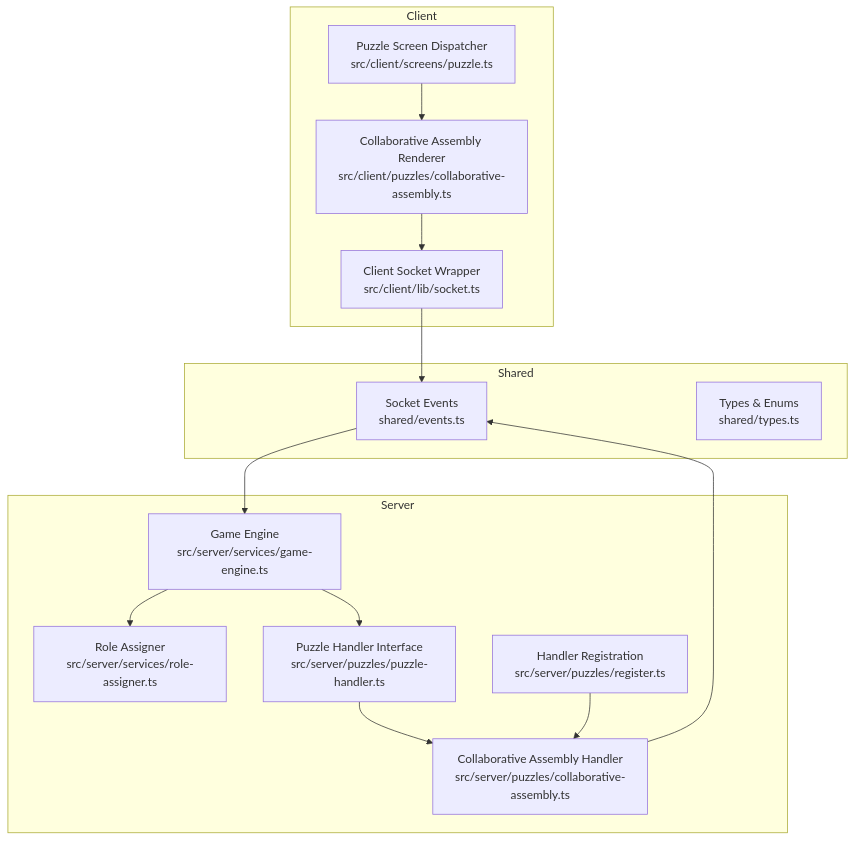
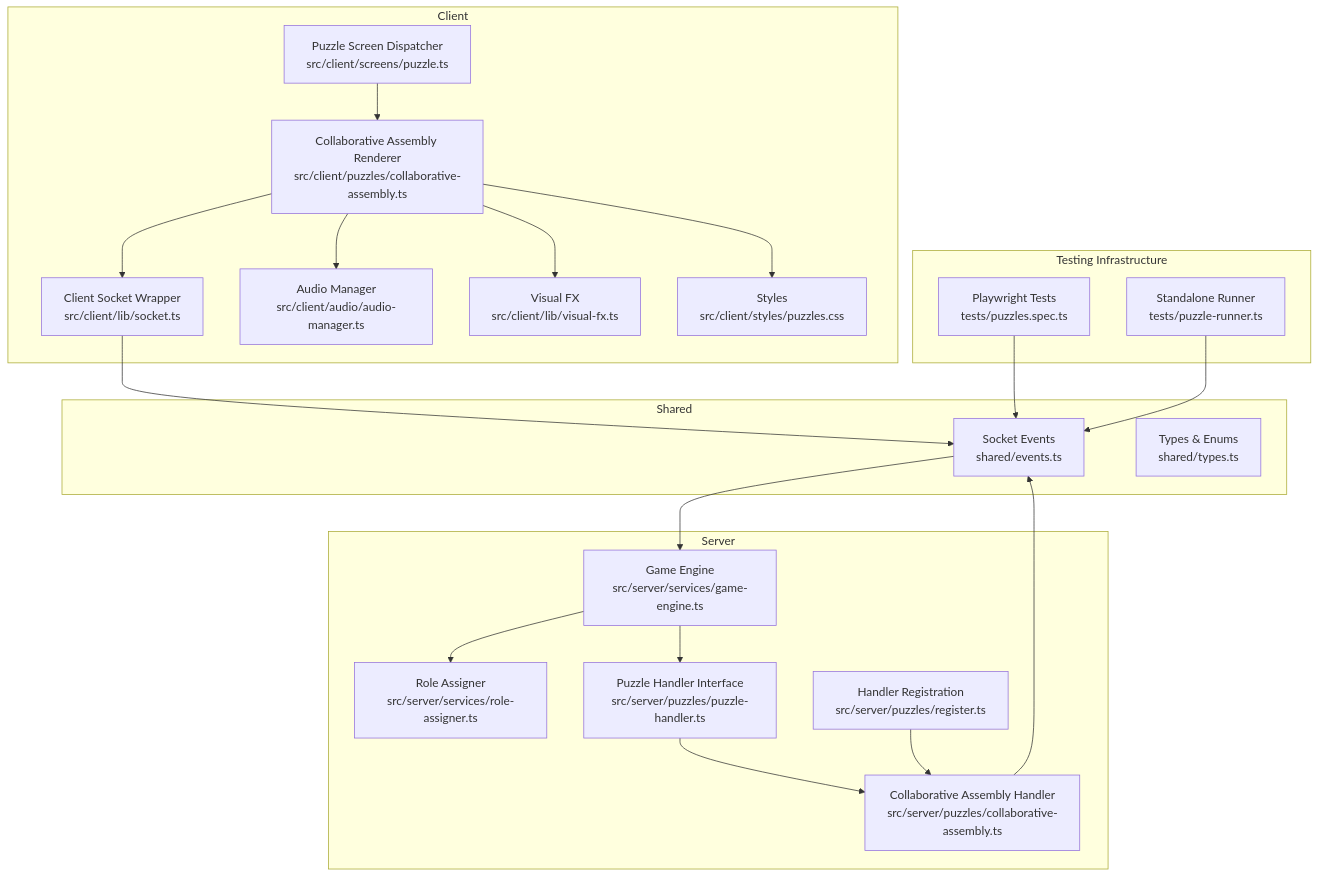
The first of 10 diagrams in .qoder/repowiki/en/content/Puzzle System/Collaborative Assembly Puzzle.md (dkoukoul/escape-room-mvp), drawn with Mermaid before and after one commit. The commit also changed other lines of this file and 21 other files, not shown here.

````diff
--- a/.qoder/repowiki/en/content/Puzzle System/Collaborative Assembly Puzzle.md
+++ b/.qoder/repowiki/en/content/Puzzle System/Collaborative Assembly Puzzle.md
@@ -43,28 +62,40 @@
 ```mermaid
 graph TB
 subgraph "Client"
 C_Socket["Client Socket Wrapper<br/>src/client/lib/socket.ts"]
 C_Renderer["Collaborative Assembly Renderer<br/>src/client/puzzles/collaborative-assembly.ts"]
 C_Screen["Puzzle Screen Dispatcher<br/>src/client/screens/puzzle.ts"]
+C_Audio["Audio Manager<br/>src/client/audio/audio-manager.ts"]
+C_Visual["Visual FX<br/>src/client/lib/visual-fx.ts"]
+C_CSS["Styles<br/>src/client/styles/puzzles.css"]
+end
+subgraph "Testing Infrastructure"
+T_Playwright["Playwright Tests<br/>tests/puzzles.spec.ts"]
+T_Standalone["Standalone Runner<br/>tests/puzzle-runner.ts"]
 end
 subgraph "Shared"
 S_Events["Socket Events<br/>shared/events.ts"]
 S_Types["Types & Enums<br/>shared/types.ts"]
 end
 subgraph "Server"
 S_GameEngine["Game Engine<br/>src/server/services/game-engine.ts"]
 S_RoleAssigner["Role Assigner<br/>src/server/services/role-assigner.ts"]
 S_Handler["Puzzle Handler Interface<br/>src/server/puzzles/puzzle-handler.ts"]
 S_CollabHandler["Collaborative Assembly Handler<br/>src/server/puzzles/collaborative-assembly.ts"]
 S_Register["Handler Registration<br/>src/server/puzzles/register.ts"]
 end
 C_Screen --> C_Renderer
 C_Renderer --> C_Socket
+C_Renderer --> C_Audio
+C_Renderer --> C_Visual
+C_Renderer --> C_CSS
 C_Socket --> S_Events
 S_Events --> S_GameEngine
 S_GameEngine --> S_RoleAssigner
 S_GameEngine --> S_Handler
 S_Handler --> S_CollabHandler
 S_Register --> S_CollabHandler
 S_CollabHandler --> S_Events
+T_Playwright --> S_Events
+T_Standalone --> S_Events
 ```
````
